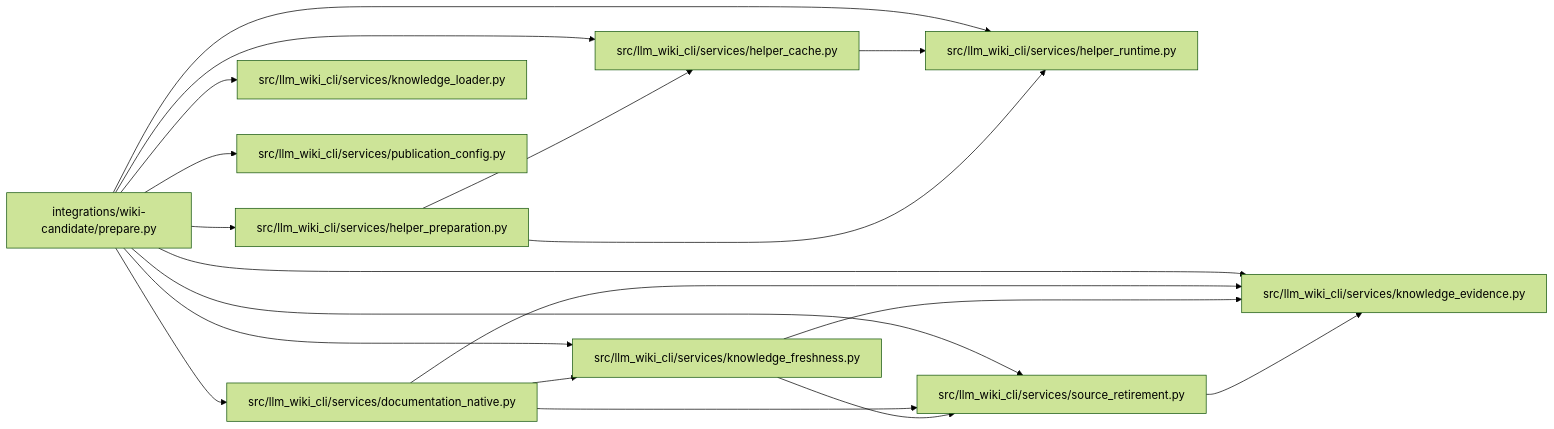
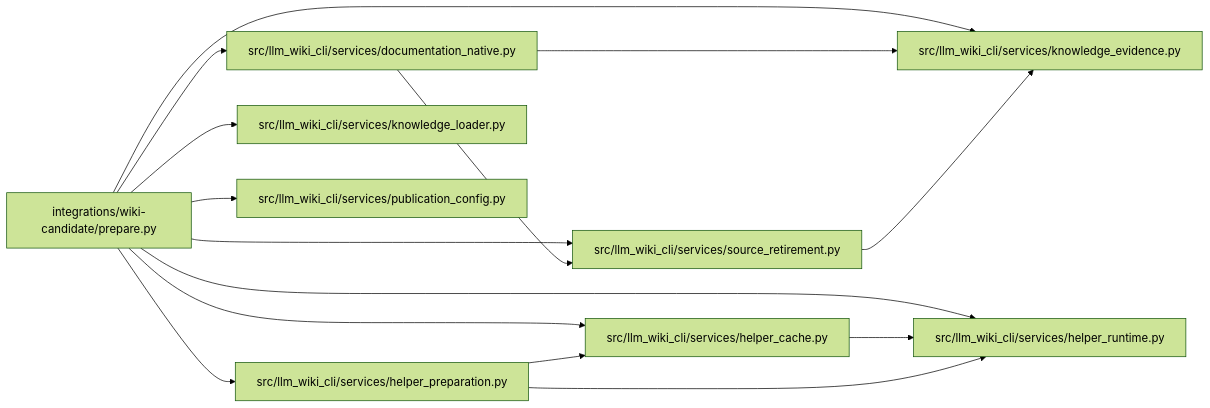
One commit to Denissvgn/python-wiki-llm changed the diagram in docs/llm_wiki/modules/wiki-candidate_prepare.md. Above: the diagram before and after it, drawn with Mermaid (forest theme). The commit also changed other lines of this file and 401 other files, not shown here.

````diff
--- a/docs/llm_wiki/modules/wiki-candidate_prepare.md
+++ b/docs/llm_wiki/modules/wiki-candidate_prepare.md
@@ -33,41 +32,35 @@
 ```mermaid
 flowchart LR
     n0["integrations/wiki-candidate/prepare.py"]
     n1["src/llm_wiki_cli/services/documentation_native.py"]
     n2["src/llm_wiki_cli/services/helper_cache.py"]
     n3["src/llm_wiki_cli/services/helper_preparation.py"]
     n4["src/llm_wiki_cli/services/helper_runtime.py"]
     n5["src/llm_wiki_cli/services/knowledge_evidence.py"]
-    n6["src/llm_wiki_cli/services/knowledge_freshness.py"]
-    n7["src/llm_wiki_cli/services/knowledge_loader.py"]
-    n8["src/llm_wiki_cli/services/publication_config.py"]
-    n9["src/llm_wiki_cli/services/source_retirement.py"]
+    n6["src/llm_wiki_cli/services/knowledge_loader.py"]
+    n7["src/llm_wiki_cli/services/publication_config.py"]
+    n8["src/llm_wiki_cli/services/source_retirement.py"]
     n0 --> n1
     n0 --> n2
     n0 --> n3
     n0 --> n4
     n0 --> n5
     n0 --> n6
     n0 --> n7
     n0 --> n8
-    n0 --> n9
     n1 --> n5
-    n1 --> n6
-    n1 --> n9
+    n1 --> n8
     n2 --> n4
     n3 --> n2
     n3 --> n4
-    n6 --> n5
-    n6 --> n9
-    n9 --> n5
+    n8 --> n5
     click n0 "../modules/wiki-candidate_prepare.md"
     click n1 "../modules/documentation_native.md"
     click n2 "../modules/helper_cache.md"
     click n3 "../modules/helper_preparation.md"
     click n4 "../modules/helper_runtime.md"
     click n5 "../modules/knowledge_evidence.md"
-    click n6 "../modules/knowledge_freshness.md"
-    click n7 "../modules/knowledge_loader.md"
-    click n8 "../modules/publication_config.md"
-    click n9 "../modules/source_retirement.md"
+    click n6 "../modules/knowledge_loader.md"
+    click n7 "../modules/publication_config.md"
+    click n8 "../modules/source_retirement.md"
 ```
````
